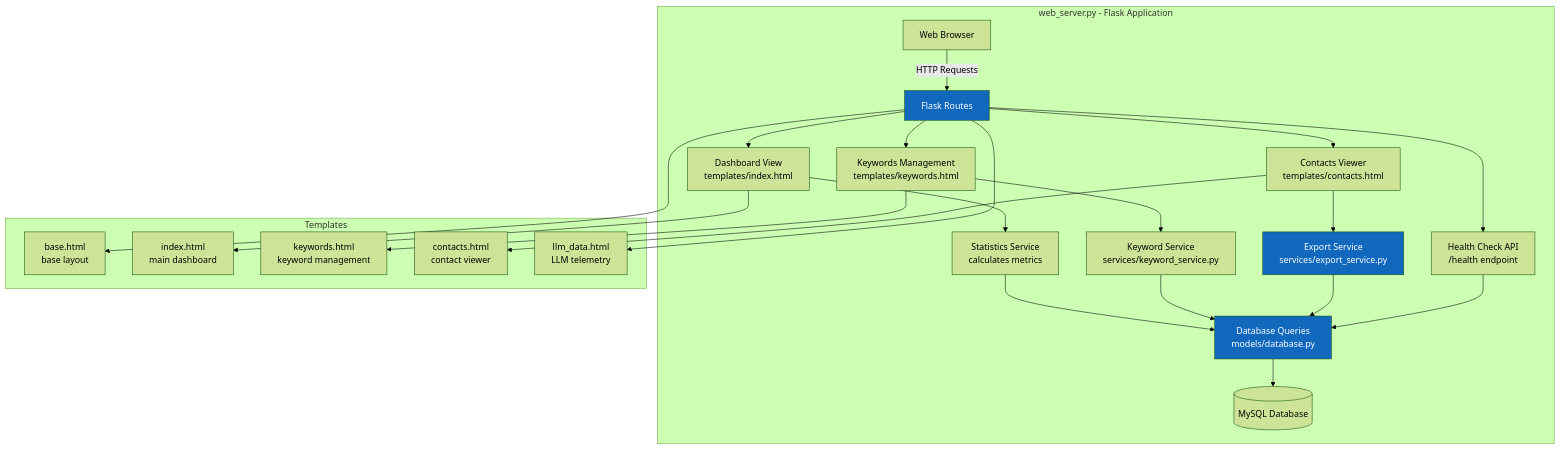
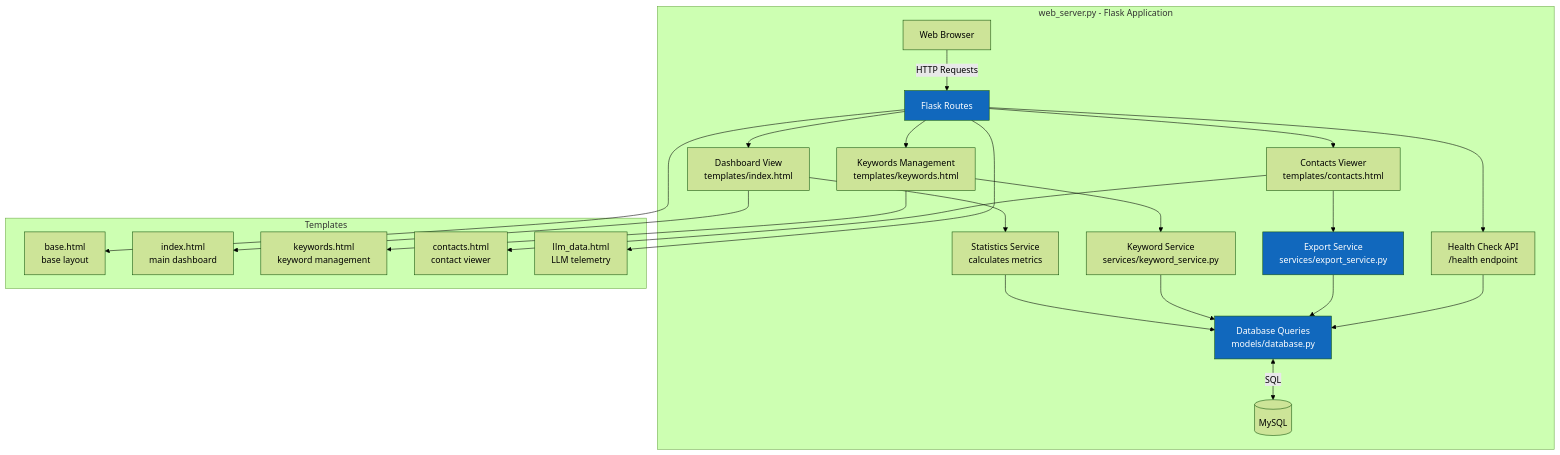
One commit to hauptmann1971/b2b-contact-miner changed the fourth of 8 diagrams in doc/C4_ARCHITECTURE.md. Above: the diagram before and after it, drawn with Mermaid (forest theme). The commit also changed other lines of this file and 1 other file, not shown here.

Commit message:
docs(c4): align diagrams with codebase (MySQL, workers, crawl_logs, export)

````diff
--- a/doc/C4_ARCHITECTURE.md
+++ b/doc/C4_ARCHITECTURE.md
@@ -145,40 +152,40 @@
 ```mermaid
 graph TB
     subgraph "web_server.py - Flask Application"
         Browser[Web Browser] -->|HTTP Requests| FlaskRoutes[Flask Routes]
         
         FlaskRoutes --> DashboardView[Dashboard View<br/>templates/index.html]
         FlaskRoutes --> KeywordsView[Keywords Management<br/>templates/keywords.html]
         FlaskRoutes --> ContactsView[Contacts Viewer<br/>templates/contacts.html]
         FlaskRoutes --> HealthCheck[Health Check API<br/>/health endpoint]
         
         DashboardView --> StatsService[Statistics Service<br/>calculates metrics]
         KeywordsView --> KeywordService[Keyword Service<br/>services/keyword_service.py]
         ContactsView --> ExportService[Export Service<br/>services/export_service.py]
         
         StatsService --> DBQuery[Database Queries<br/>models/database.py]
         KeywordService --> DBQuery
         ExportService --> DBQuery
         HealthCheck --> DBQuery
         
-        DBQuery --> MySQL[(MySQL Database)]
+        DBQuery <-->|SQL| MySQL[(MySQL)]
     end
     
     subgraph "Templates"
         BaseTemplate[base.html<br/>base layout]
         DashboardTemplate[index.html<br/>main dashboard]
         KeywordsTemplate[keywords.html<br/>keyword management]
         ContactsTemplate[contacts.html<br/>contact viewer]
         LlmDataTemplate[llm_data.html<br/>LLM telemetry]
     end
     
     FlaskRoutes --> BaseTemplate
     DashboardView --> DashboardTemplate
     KeywordsView --> KeywordsTemplate
     ContactsView --> ContactsTemplate
     FlaskRoutes --> LlmDataTemplate
     
     style FlaskRoutes fill:#1168bd,color:#fff
     style DBQuery fill:#1168bd,color:#fff
     style ExportService fill:#1168bd,color:#fff
 ```
````
